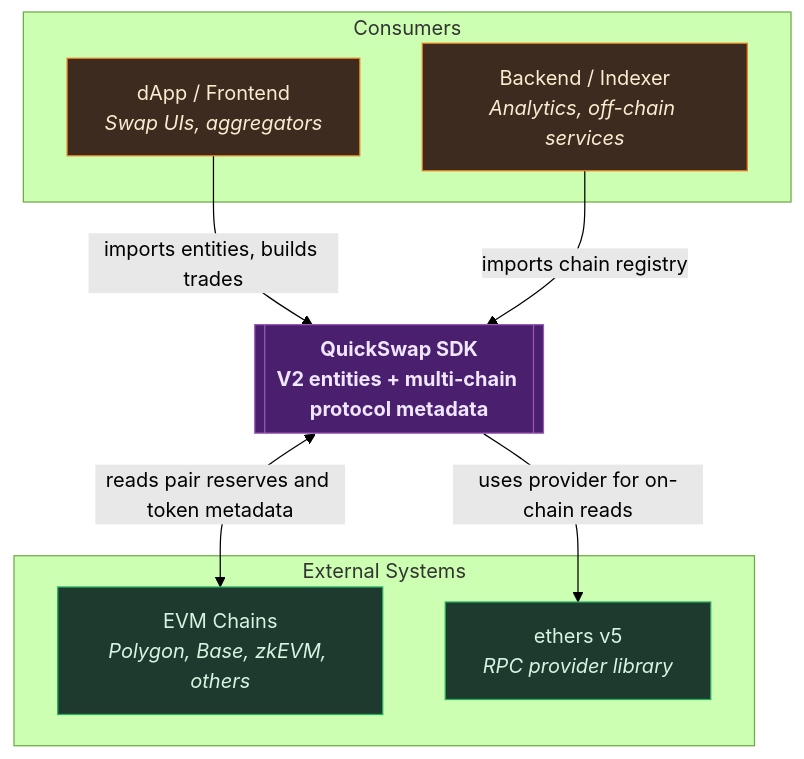
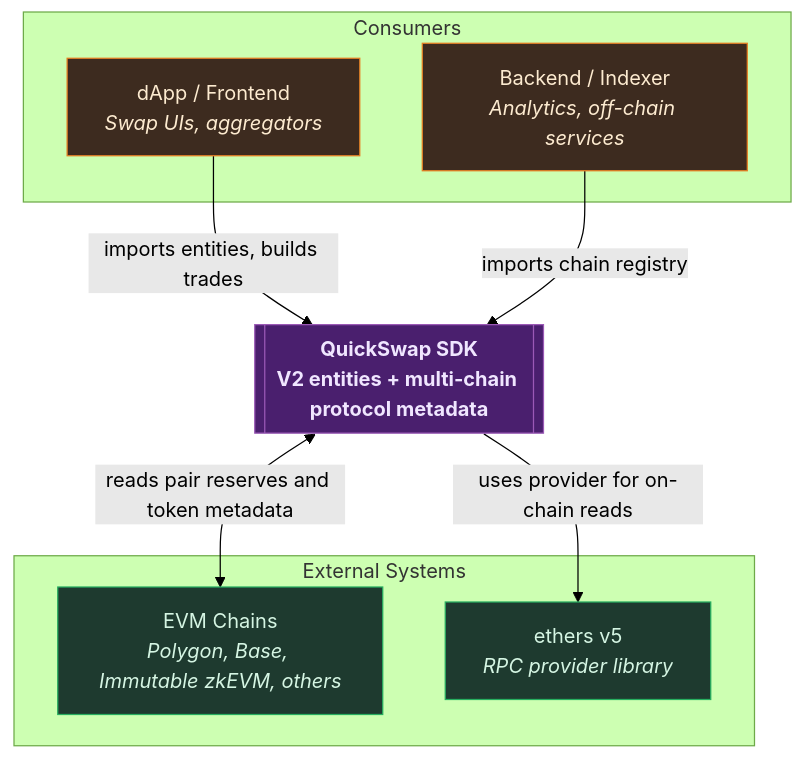
One commit to QuickSwap/QuickSwap-sdk changed the diagram in docs/overview.md. Above: the diagram before and after it, drawn with Mermaid (forest theme). The commit also changed 11 other files, not shown here.

````diff
--- a/docs/overview.md
+++ b/docs/overview.md
@@ -10,29 +10,29 @@
 ```mermaid
 graph TB
     accTitle: QuickSwap SDK system context
     accDescr { The SDK is consumed by dApp frontends and backend indexers. It reads pair reserves and token metadata from EVM chains via ethers v5. }
     subgraph PEOPLE["Consumers"]
         ACTOR_1["dApp / Frontend<br/><i>Swap UIs, aggregators</i>"]
         ACTOR_2["Backend / Indexer<br/><i>Analytics, off-chain services</i>"]
     end
 
     SYSTEM[["QuickSwap SDK<br/><b>V2 entities + multi-chain protocol metadata</b>"]]
 
     subgraph EXT["External Systems"]
-        EXT_1["EVM Chains<br/><i>Polygon, Base, zkEVM, others</i>"]
+        EXT_1["EVM Chains<br/><i>Polygon, Base, Immutable zkEVM, others</i>"]
         EXT_2["ethers v5<br/><i>RPC provider library</i>"]
     end
 
     ACTOR_1 -->|"imports entities, builds trades"| SYSTEM
     ACTOR_2 -->|"imports chain registry"| SYSTEM
     SYSTEM <-->|"reads pair reserves and token metadata"| EXT_1
     SYSTEM -->|"uses provider for on-chain reads"| EXT_2
 
     classDef system fill:#4a1f6e,stroke:#9b59b6,color:#f0e6ff,font-weight:bold
     classDef external fill:#1e3a2f,stroke:#27ae60,color:#d5f5e3
     classDef person fill:#3d2b1f,stroke:#e67e22,color:#fdebd0
 
     class SYSTEM system
     class EXT_1,EXT_2 external
     class ACTOR_1,ACTOR_2 person
 ```
````
